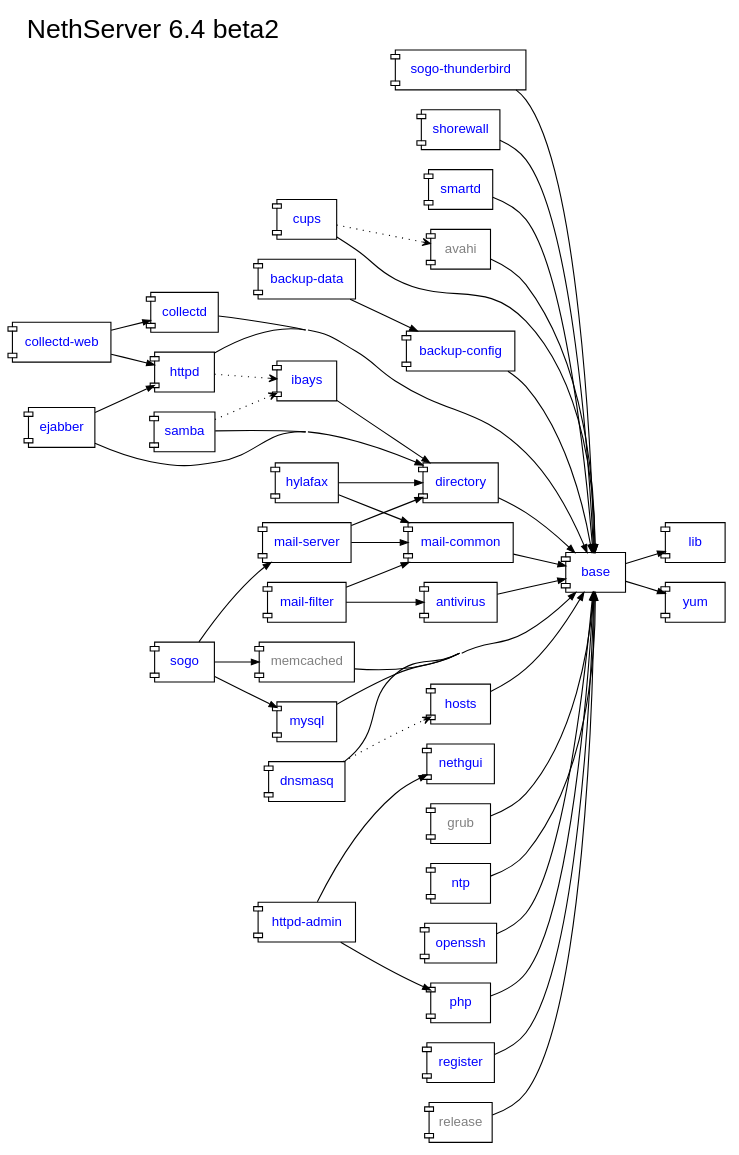
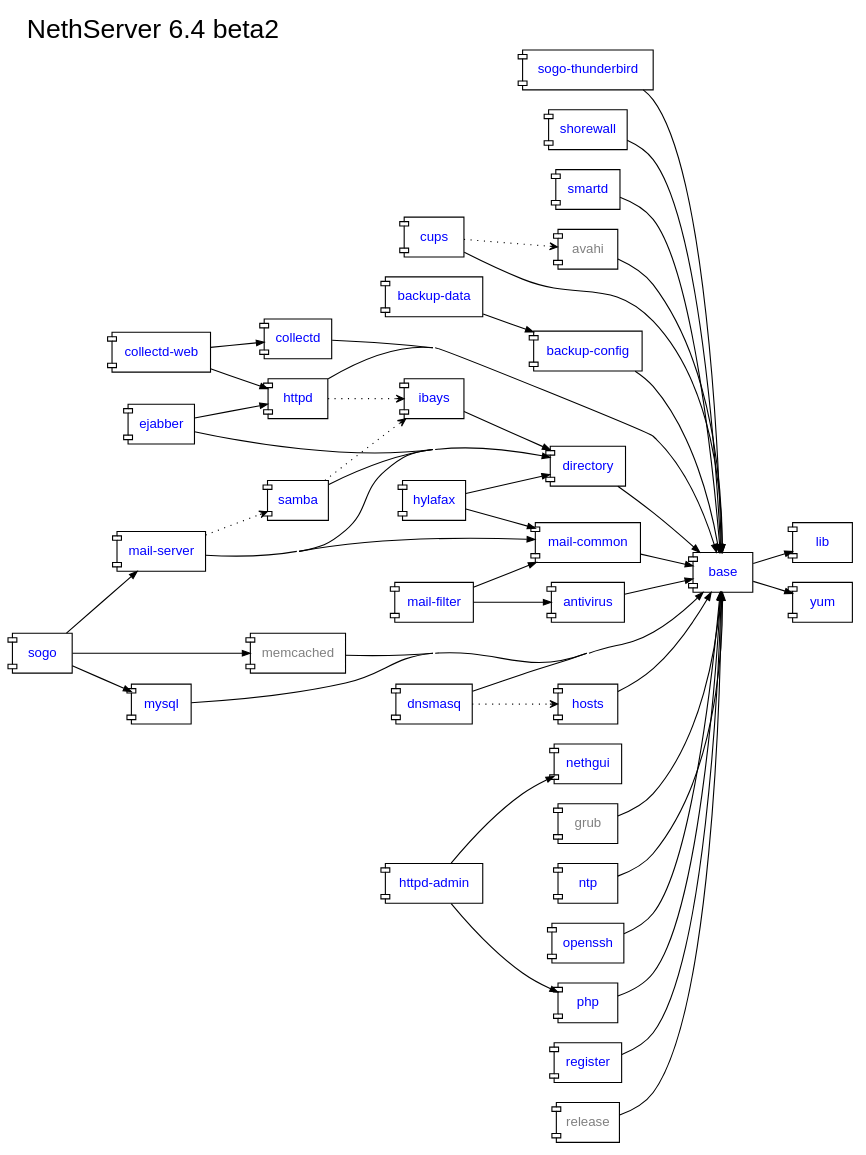
One commit to nethesis/dev-nethesis-it changed the diagram in nethserver/package-dependencies.dot. Above: the diagram before and after it, drawn with Graphviz.

Commit message:
Added "uses" relation mail_server -> samba. Refs #1746

```diff
--- a/nethserver/package-dependencies.dot
+++ b/nethserver/package-dependencies.dot
@@ -1,97 +1,98 @@
 digraph "v6.4-beta2" {
 	rankdir = "LR";
 	compound = true;
 	concentrate = true;
 	label="NethServer 6.4 beta2";
 	fontsize = 24.0
 	labelloc = "t";
 	labeljust = "l";
 	fontname="sans-serif";
 	
 
     node [shape="component",fontname="sans-serif",fontcolor=blue,fontsize=12.0];
     edge [arrowsize=0.7];
 
     antivirus [URL="http://dev.nethesis.it/projects/nethserver/wiki/nethserver-antivirus"];
     avahi [fontcolor=gray];
     backup_config [label="backup-config",URL="http://dev.nethesis.it/projects/nethserver/wiki/nethserver-backup"];
     backup_data [label="backup-data",URL="http://dev.nethesis.it/projects/nethserver/wiki/nethserver-backup"];   
     base [URL="http://dev.nethesis.it/projects/nethserver/wiki/nethserver-base"];
     collectd [URL="http://dev.nethesis.it/projects/nethserver/wiki/nethserver-collectd"];
     collectd_web [label="collectd-web",URL="http://dev.nethesis.it/projects/nethserver/wiki/nethserver-collectd-web"];
     cups [URL="http://dev.nethesis.it/projects/nethserver-cups/wiki/nethserver-cups"];
     directory [URL="http://dev.nethesis.it/projects/nethserver/wiki/nethserver-directory"];
     dnsmasq [URL="http://dev.nethesis.it/projects/nethserver/wiki/nethserver-dnsmasq"];
     ejabber [URL="http://dev.nethesis.it/projects/nethserver-ejabberd/wiki/nethserver-ejabberd"];
     grub [fontcolor=gray];
     hosts [URL="http://dev.nethesis.it/projects/nethserver/wiki/nethserver-hosts"];
     httpd_admin [label="httpd-admin",URL="http://dev.nethesis.it/projects/nethserver/wiki/nethserver-httpd-admin"];
     httpd [URL="http://dev.nethesis.it/projects/nethserver/wiki/nethserver-httpd"];
     hylafax [URL="http://dev.nethesis.it/projects/nethserver-hylafax/wiki/nethserver-hylafax"];
     ibays [URL="http://dev.nethesis.it/projects/nethserver/wiki/nethserver-ibays"];
     lib [URL="http://dev.nethesis.it/projects/nethserver/wiki/nethserver-lib"];
     mail_common [label="mail-common",URL="http://dev.nethesis.it/projects/nethserver/wiki/nethserver-mail-common"];
     mail_filter [label="mail-filter",URL="http://dev.nethesis.it/projects/nethserver/wiki/nethserver-mail-filter"];
     mail_server [label="mail-server",URL="http://dev.nethesis.it/projects/nethserver/wiki/nethserver-mail-server"];
     memcached [fontcolor=gray];
     mysql [URL="http://dev.nethesis.it/projects/nethserver/wiki/nethserver-mysql"];
     nethgui [URL="http://dev.nethesis.it/projects/nethgui"];
     ntp [URL="http://dev.nethesis.it/projects/nethserver/wiki/nethserver-ntp"];
     openssh [URL="http://dev.nethesis.it/projects/nethserver/wiki/nethserver-openssh"];
     php [URL="http://dev.nethesis.it/projects/nethserver/wiki/nethserver-php"];
     register [URL="http://dev.nethesis.it/projects/nethserver/wiki/nethserver-register"];
     release [fontcolor=gray];
     samba [URL="http://dev.nethesis.it/projects/nethserver/wiki/nethserver-samba"];
     sogo [URL="https://dev.nethesis.it/projects/nethserver/wiki/nethserver-sogo"];
     sogo_thunderbird [label="sogo-thunderbird",URL="https://dev.nethesis.it/projects/nethserver/wiki/nethserver-sogo-thunderbird"];
     shorewall [URL="https://dev.nethesis.it/projects/nethserver/wiki/nethserver-shorewall"];        
     smartd [URL="https://dev.nethesis.it/projects/nethserver/wiki/nethserver-smartd"];    
     yum [URL="http://dev.nethesis.it/projects/nethserver/wiki/nethserver-yum"];
 		       
     base -> lib
     openssh -> base
     directory -> base
     samba -> directory
     ibays -> directory
     httpd -> base
     httpd -> ibays [style=dotted,arrowhead=vee];
     dnsmasq -> hosts [style=dotted,arrowhead=vee];
     dnsmasq -> base
     hosts -> base
     httpd_admin -> php
     httpd_admin -> nethgui
     samba -> ibays [style=dotted,arrowhead=vee];
     base -> yum
     ntp -> base
     php -> base
     mail_server -> directory
     mail_server -> mail_common
+    mail_server -> samba [style=dotted,arrowhead=vee];    
     mail_filter -> mail_common
     mail_filter -> antivirus
     mail_common -> base
     antivirus -> base
     release -> base
     grub -> base
     cups -> base
     avahi -> base
     cups -> avahi [style=dotted,arrowhead=vee];
     ejabber -> directory
     ejabber -> httpd
     mysql -> base
     hylafax -> directory
     hylafax -> mail_common
     sogo -> memcached
     sogo -> mail_server
     sogo -> mysql
     sogo_thunderbird -> base
     memcached -> base
     collectd -> base
     collectd_web -> collectd
     collectd_web -> httpd
     backup_config -> base
     backup_data -> backup_config
     register -> base
     smartd -> base
     shorewall -> base
 
 }
```
